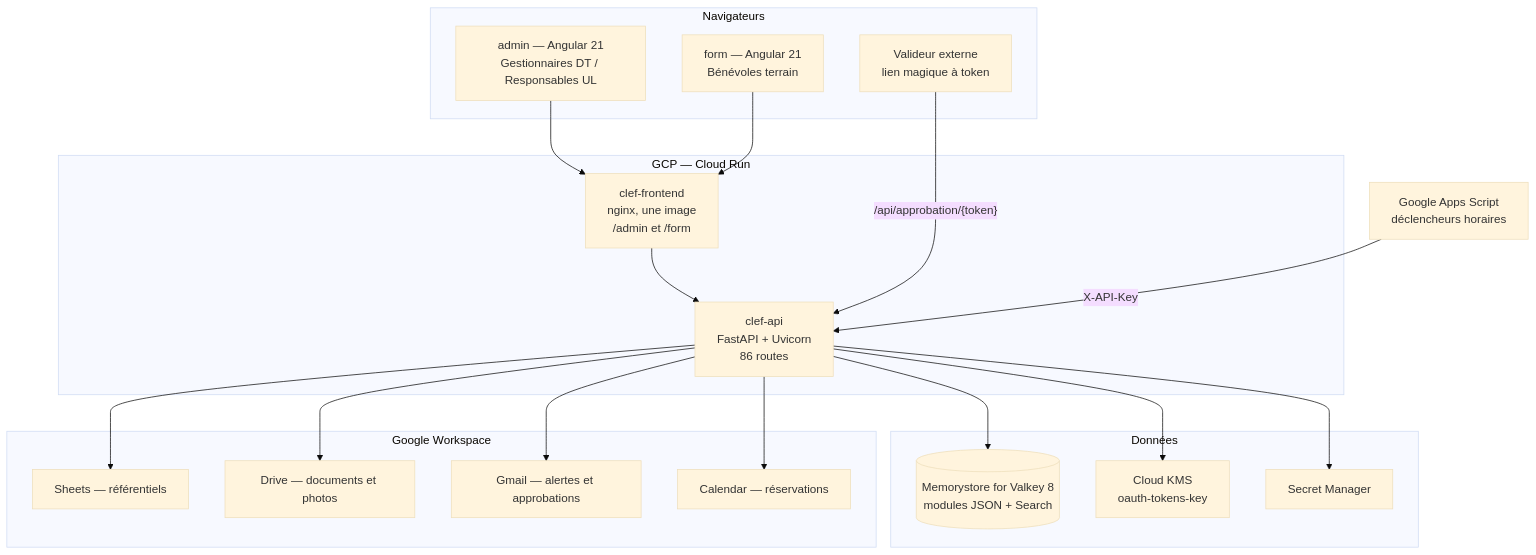
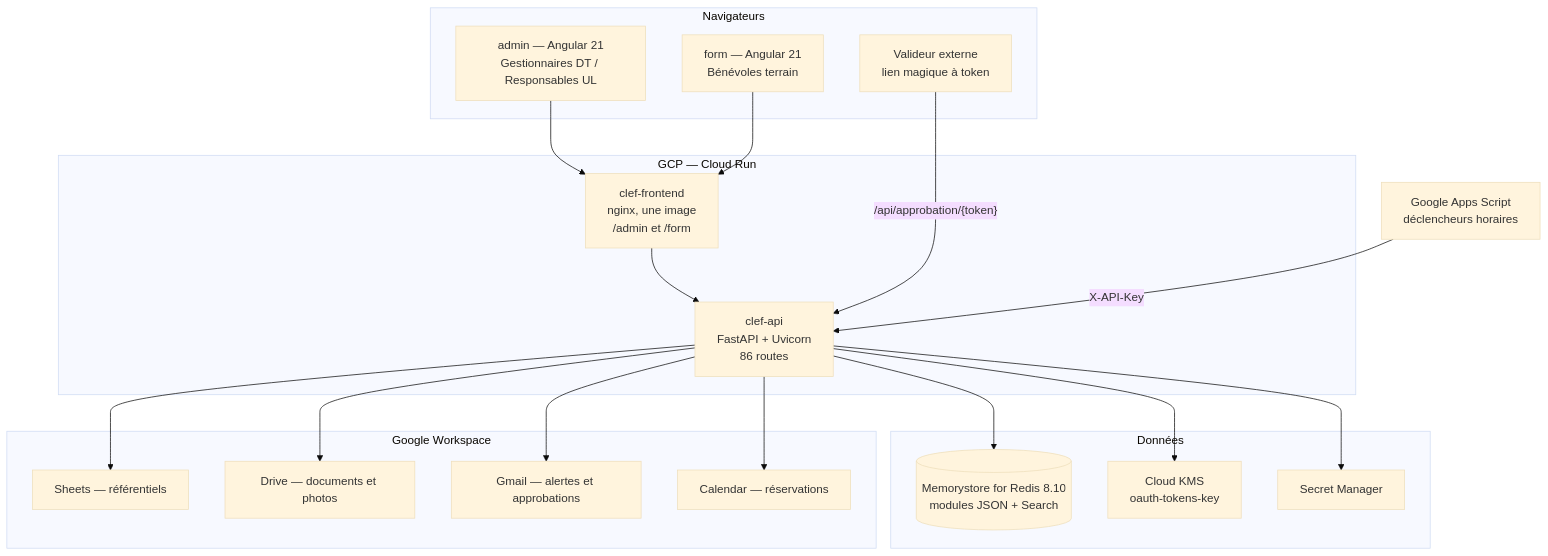
One commit to dev-mansonthomas/clef changed the diagram in docs/architecture/overview.md. Above: the diagram before and after it, drawn with Mermaid (base theme). The commit also changed other lines of this file and 14 other files, not shown here.

````diff
--- a/docs/architecture/overview.md
+++ b/docs/architecture/overview.md
@@ -9,37 +9,37 @@
 ```mermaid
 flowchart TB
     subgraph nav["Navigateurs"]
         A["admin — Angular 21<br/>Gestionnaires DT / Responsables UL"]
         F["form — Angular 21<br/>Bénévoles terrain"]
         V["Valideur externe<br/>lien magique à token"]
     end
 
     subgraph gcp["GCP — Cloud Run"]
         NG["clef-frontend<br/>nginx, une image<br/>/admin et /form"]
         API["clef-api<br/>FastAPI + Uvicorn<br/>86 routes"]
     end
 
     subgraph data["Données"]
-        VK[("Memorystore for Valkey 8<br/>modules JSON + Search")]
+        VK[("Memorystore for Redis 8.10<br/>modules JSON + Search")]
         KMS["Cloud KMS<br/>oauth-tokens-key"]
         SM["Secret Manager"]
     end
 
     subgraph goog["Google Workspace"]
         SH["Sheets — référentiels"]
         DR["Drive — documents et photos"]
         GM["Gmail — alertes et approbations"]
         CAL["Calendar — réservations"]
     end
 
     GAS["Google Apps Script<br/>déclencheurs horaires"]
 
     A --> NG --> API
     F --> NG
     V -->|"/api/approbation/{token}"| API
     GAS -->|"X-API-Key"| API
     API --> VK
     API --> KMS
     API --> SM
     API --> SH & DR & GM & CAL
 ```
````
